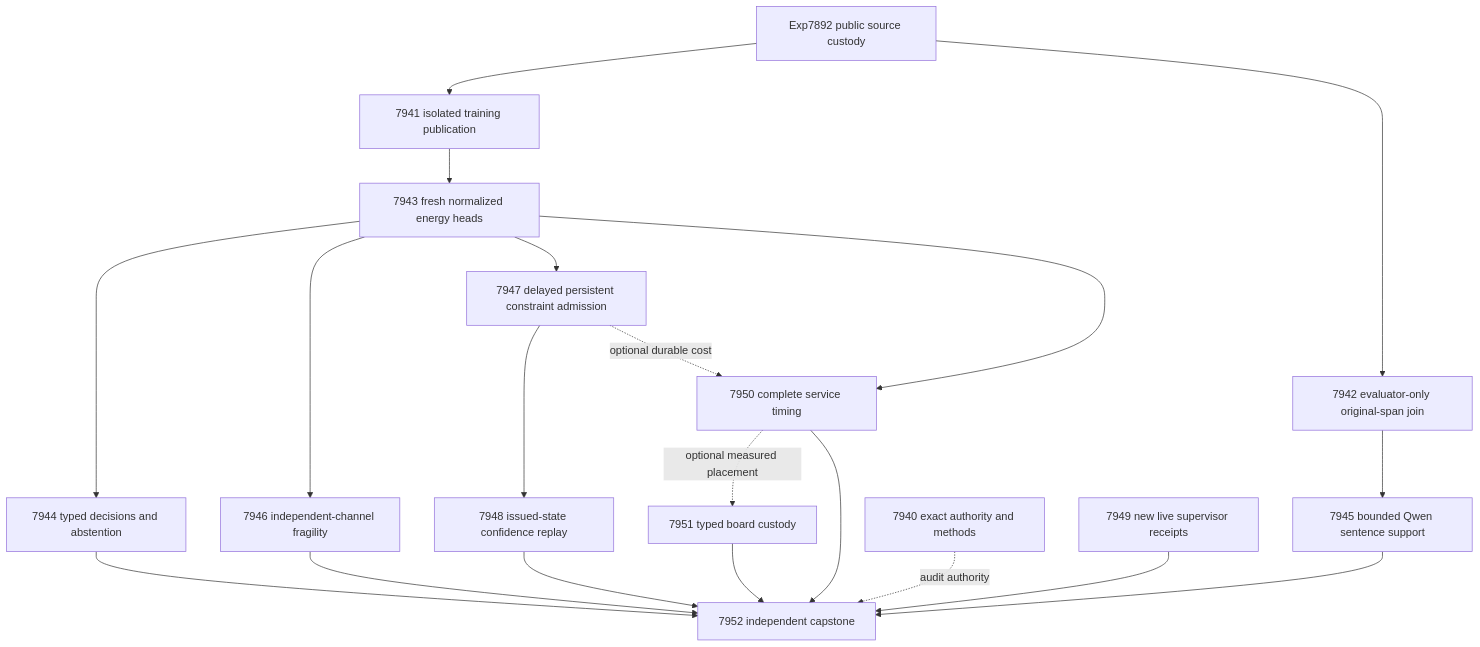
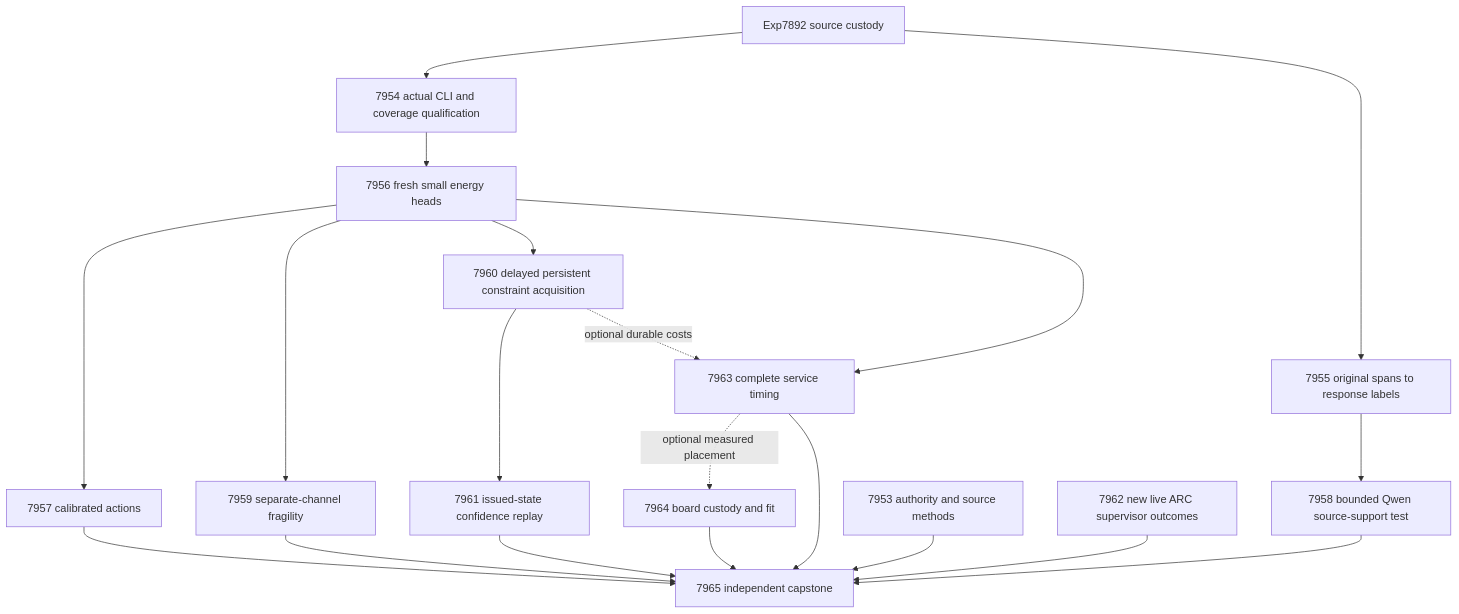
The diagram in openspec/change-proposals/research-roadmap-vNEXT.md (Carnot-EBM/carnot-ebm), drawn with Mermaid before and after one commit. The commit also changed other lines of this file and 13 other files, not shown here.

````diff
--- a/openspec/change-proposals/research-roadmap-vNEXT.md
+++ b/openspec/change-proposals/research-roadmap-vNEXT.md
@@ -98,22 +101,22 @@
 ```mermaid
 flowchart TD
-  P[Exp7892 public source custody] --> Q[7941 isolated training publication]
-  P --> L[7942 evaluator-only original-span join]
-  Q --> E[7943 fresh normalized energy heads]
-  E --> D[7944 typed decisions and abstention]
-  L --> G[7945 bounded Qwen sentence support]
-  E --> F[7946 independent-channel fragility]
-  E --> M[7947 delayed persistent constraint admission]
-  M --> C[7948 issued-state confidence replay]
-  E --> T[7950 complete service timing]
-  M -. optional durable cost .-> T
-  T -. optional measured placement .-> H[7951 typed board custody]
-  A[7940 exact authority and methods] -. audit authority .-> R[7952 independent capstone]
-  S[7949 new live supervisor receipts] --> R
+  S[Exp7892 source custody] --> Q[7954 actual CLI and coverage qualification]
+  S --> L[7955 original spans to response labels]
+  Q --> E[7956 fresh small energy heads]
+  E --> D[7957 calibrated actions]
+  L --> G[7958 bounded Qwen source-support test]
+  E --> F[7959 separate-channel fragility]
+  E --> M[7960 delayed persistent constraint acquisition]
+  M --> C[7961 issued-state confidence replay]
+  E --> T[7963 complete service timing]
+  M -. optional durable costs .-> T
+  T -. optional measured placement .-> H[7964 board custody and fit]
+  A[7953 authority and source methods] --> R[7965 independent capstone]
+  O[7962 new live ARC supervisor outcomes] --> R
   D --> R
   G --> R
   F --> R
   C --> R
+  H --> R
   T --> R
-  H --> R
 ```
````
